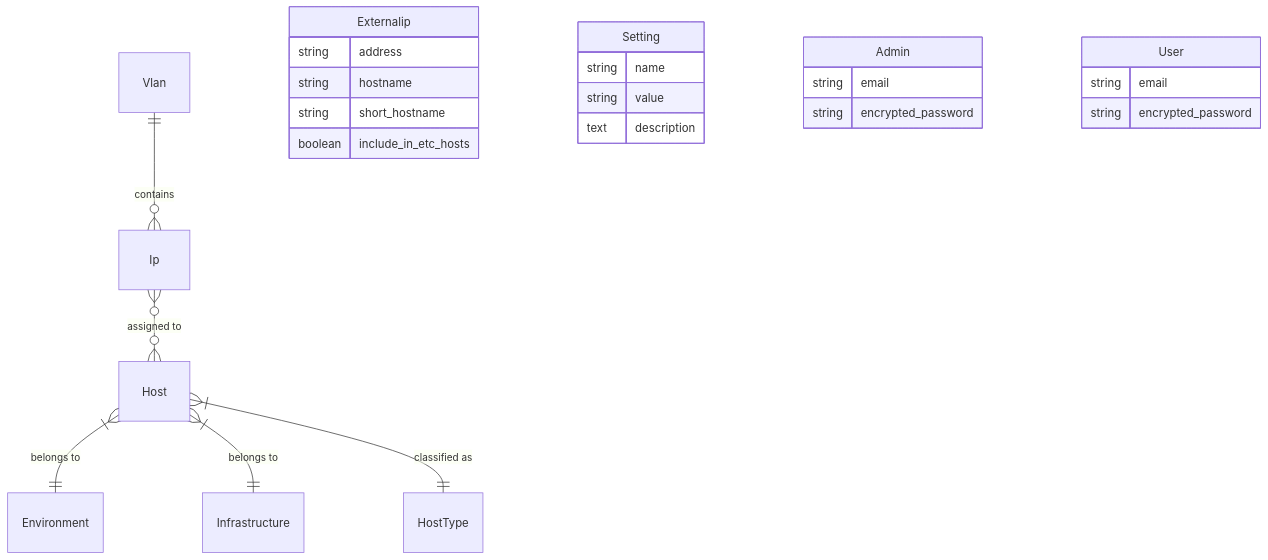
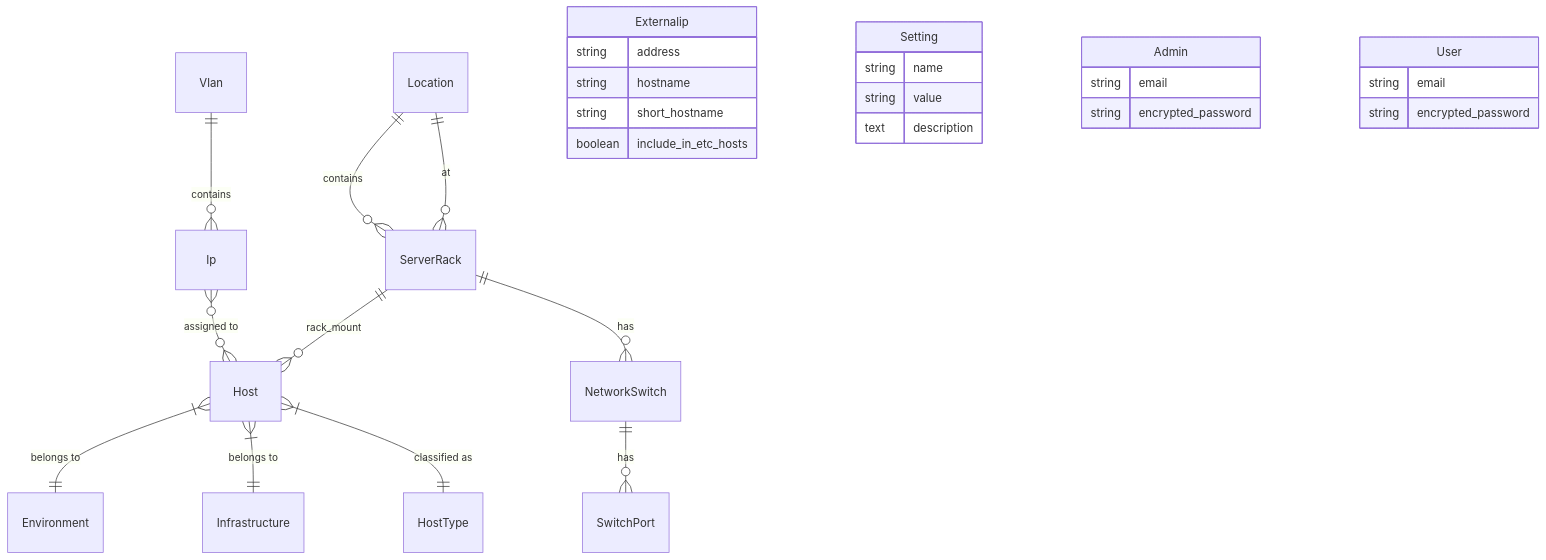
The first of 3 diagrams in SPECIFICATIONS.md (hrodrig/ipplanning), drawn with Mermaid before and after one commit. The commit also changed other lines of this file and 34 other files, not shown here.

First line of the commit message:
feat(network-switches): inventory, ports, rack U diagram; release 0.8.10

````diff
--- a/SPECIFICATIONS.md
+++ b/SPECIFICATIONS.md
@@ -10,27 +12,32 @@
 ```mermaid
 erDiagram
     Vlan ||--o{ Ip : "contains"
     Ip }o--o{ Host : "assigned to"
     Host }|--|| Environment : "belongs to"
     Host }|--|| Infrastructure : "belongs to"
     Host }|--|| HostType : "classified as"
+    Location ||--o{ ServerRack : "contains"
+    ServerRack }o--|| Location : "at"
+    ServerRack ||--o{ Host : "rack_mount"
+    ServerRack ||--o{ NetworkSwitch : "has"
+    NetworkSwitch ||--o{ SwitchPort : "has"
     Externalip {
         string address
         string hostname
         string short_hostname
         boolean include_in_etc_hosts
     }
     Setting {
         string name
         string value
         text description
     }
     Admin {
         string email
         string encrypted_password
     }
     User {
         string email
         string encrypted_password
     }
 ```
````
